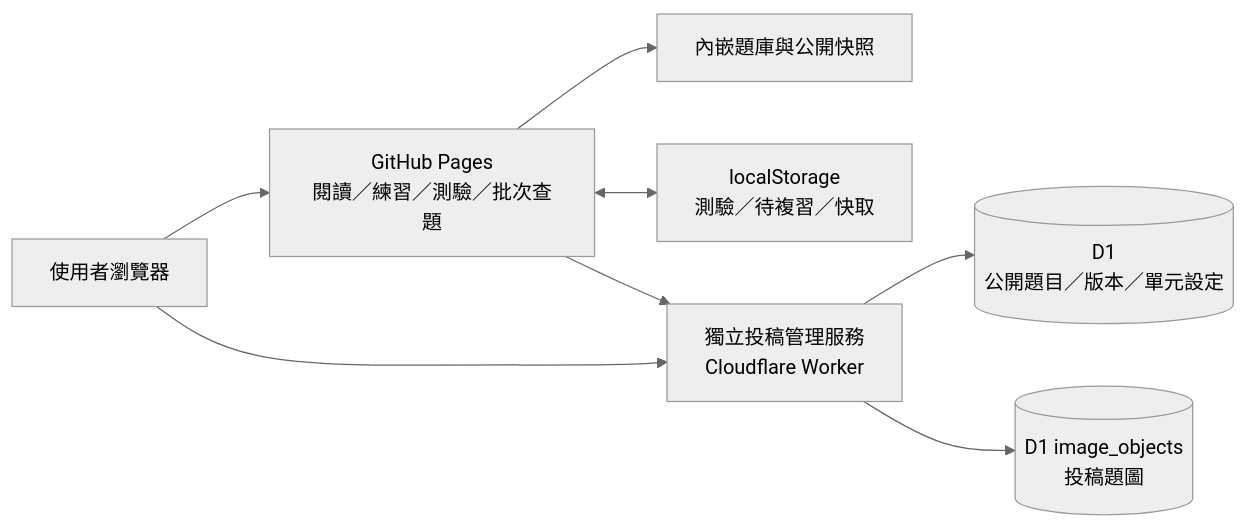
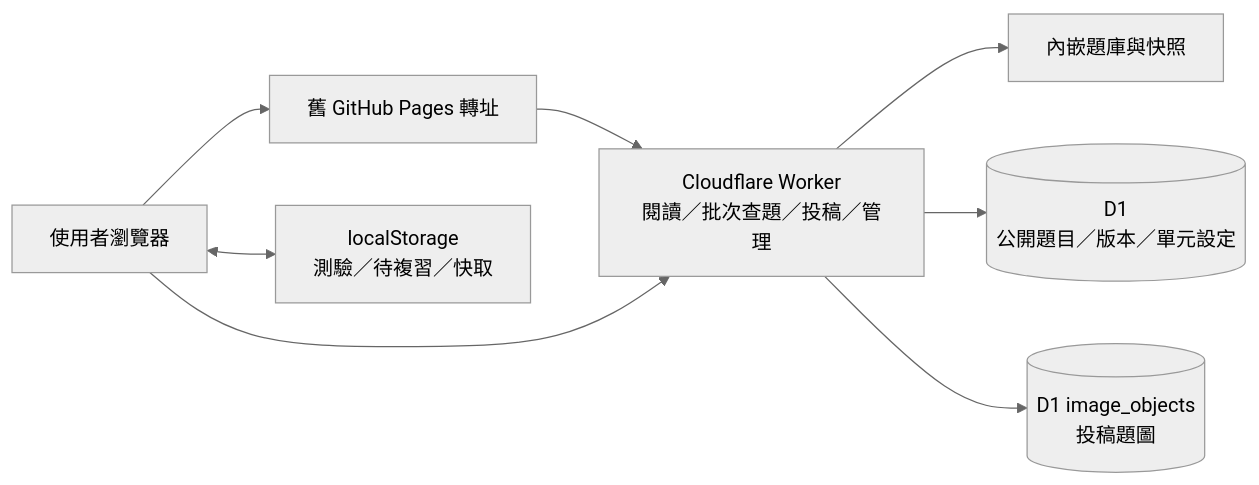
The diagram in README.md (yocheng06/course-library), drawn with Mermaid (neutral theme) before and after one commit. The commit also changed other lines of this file and 8 other files, not shown here.

````diff
--- a/README.md
+++ b/README.md
@@ -45,10 +45,10 @@
 ```mermaid
 flowchart LR
-  U[使用者瀏覽器] --> P["GitHub Pages<br/>閱讀／練習／測驗／批次查題"]
-  P --> S[內嵌題庫與公開快照]
-  P <--> L["localStorage<br/>測驗／待複習／快取"]
-  P --> A["獨立投稿管理服務<br/>Cloudflare Worker"]
+  U[使用者瀏覽器] --> P["舊 GitHub Pages 轉址"]
+  P --> A["Cloudflare Worker<br/>閱讀／批次查題／投稿／管理"]
   U --> A
+  A --> S[內嵌題庫與快照]
+  U <--> L["localStorage<br/>測驗／待複習／快取"]
   A --> D[("D1<br/>公開題目／版本／單元設定")]
   A --> I[("D1 image_objects<br/>投稿題圖")]
 ```
````
